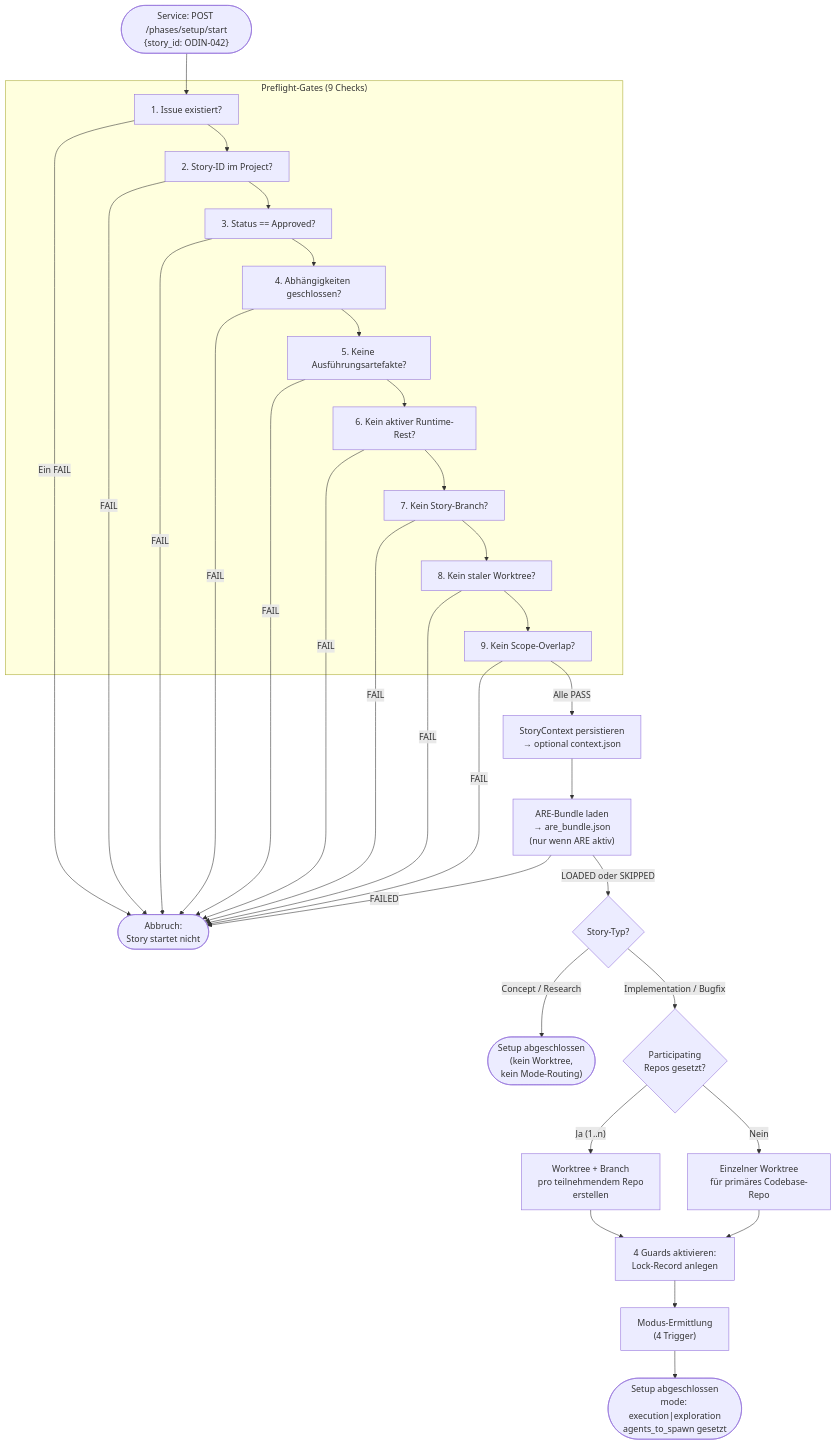
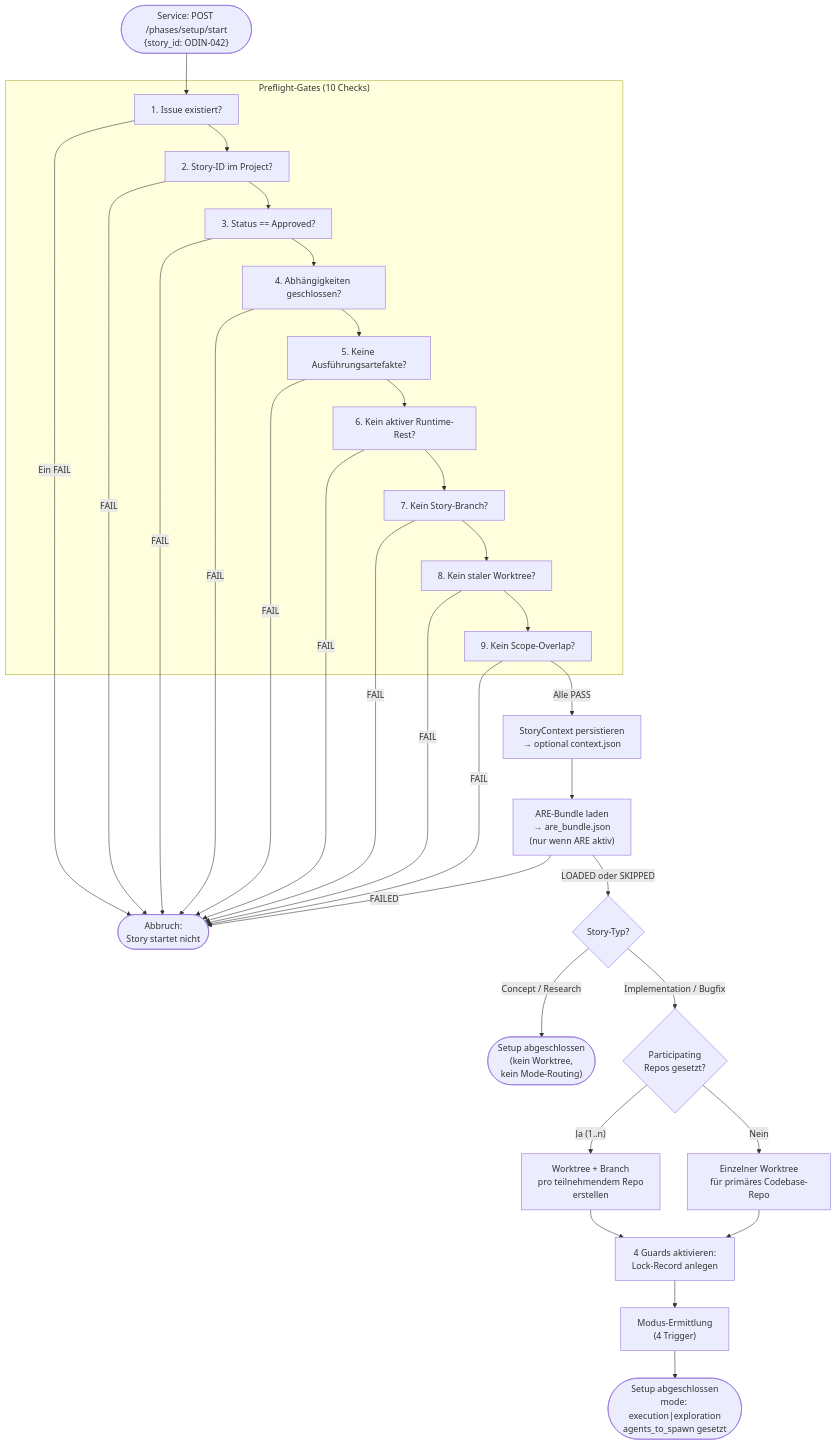
Before and after one commit to saltenhof/claude-agentkit3: the diagram in concept/technical-design/22_setup_preflight_worktree_guard_activation.md, drawn with Mermaid. The commit also changed other lines of this file and 4 other files, not shown here.

````diff
--- a/concept/technical-design/22_setup_preflight_worktree_guard_activation.md
+++ b/concept/technical-design/22_setup_preflight_worktree_guard_activation.md
@@ -112,44 +112,44 @@
 ```mermaid
 flowchart TD
     START(["Service: POST /phases/setup/start<br/>{story_id: ODIN-042}"]) --> PREFLIGHT
 
-    subgraph PREFLIGHT_PHASE ["Preflight-Gates (9 Checks)"]
+    subgraph PREFLIGHT_PHASE ["Preflight-Gates (10 Checks)"]
         PREFLIGHT["1. Issue existiert?"]
         PREFLIGHT --> P2["2. Story-ID im Project?"]
         P2 --> P3["3. Status == Approved?"]
         P3 --> P4["4. Abhängigkeiten geschlossen?"]
         P4 --> P5["5. Keine Ausführungsartefakte?"]
         P5 --> P6["6. Kein aktiver Runtime-Rest?"]
         P6 --> P7["7. Kein Story-Branch?"]
         P7 --> P8["8. Kein staler Worktree?"]
         P8 --> P9["9. Kein Scope-Overlap?"]
     end
 
     P9 -->|"Alle PASS"| CONTEXT
     PREFLIGHT -->|"Ein FAIL"| ABORT(["Abbruch:<br/>Story startet nicht"])
     P2 -->|"FAIL"| ABORT
     P3 -->|"FAIL"| ABORT
     P4 -->|"FAIL"| ABORT
     P5 -->|"FAIL"| ABORT
     P6 -->|"FAIL"| ABORT
     P7 -->|"FAIL"| ABORT
     P8 -->|"FAIL"| ABORT
     P9 -->|"FAIL"| ABORT
 
     CONTEXT["StoryContext persistieren<br/>→ optional context.json"] --> ARE_BUNDLE["ARE-Bundle laden<br/>→ are_bundle.json<br/>(nur wenn ARE aktiv)"]
     ARE_BUNDLE -->|"LOADED oder SKIPPED"| TYPCHECK{"Story-Typ?"}
     ARE_BUNDLE -->|"FAILED"| ABORT
 
     TYPCHECK -->|"Concept / Research"| DONE_LIGHT(["Setup abgeschlossen<br/>(kein Worktree,<br/>kein Mode-Routing)"])
 
     TYPCHECK -->|"Implementation / Bugfix"| REPOS
 
     REPOS{"Participating<br/>Repos gesetzt?"}
     REPOS -->|"Ja (1..n)"| MULTI_WT["Worktree + Branch<br/>pro teilnehmendem Repo<br/>erstellen"]
     REPOS -->|"Nein"| SINGLE_WT["Einzelner Worktree<br/>für primäres Codebase-Repo"]
 
     MULTI_WT --> GUARDS["4 Guards aktivieren:<br/>Lock-Record anlegen"]
     SINGLE_WT --> GUARDS
     GUARDS --> MODE["Modus-Ermittlung<br/>(4 Trigger)"]
     MODE --> DONE_FULL(["Setup abgeschlossen<br/>mode: execution|exploration<br/>agents_to_spawn gesetzt"])
 ```
````
